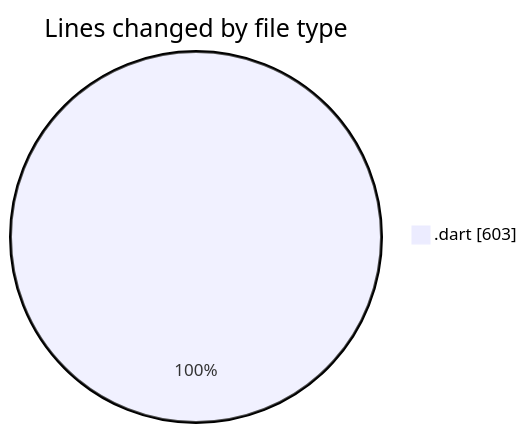
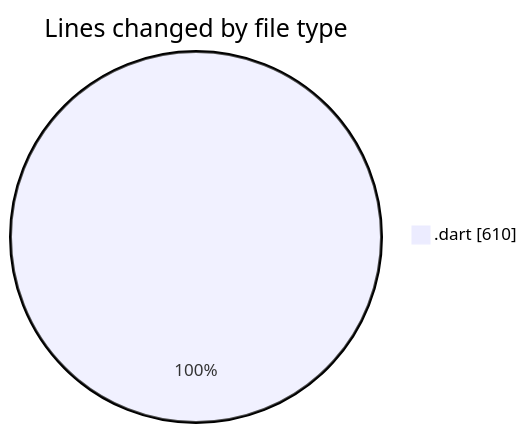
The first of 2 diagrams in 2025-01-26/trackers_app/README.md (donsfak/code-tracking), drawn with Mermaid before and after one commit. The commit also changed other lines of this file and 1 other file, not shown here.

````diff
--- a/2025-01-26/trackers_app/README.md
+++ b/2025-01-26/trackers_app/README.md
@@ -24,5 +24,5 @@
 ```mermaid
 pie showData
 title Lines changed by file type
-".dart" : 603
+".dart" : 610
 ```
````
